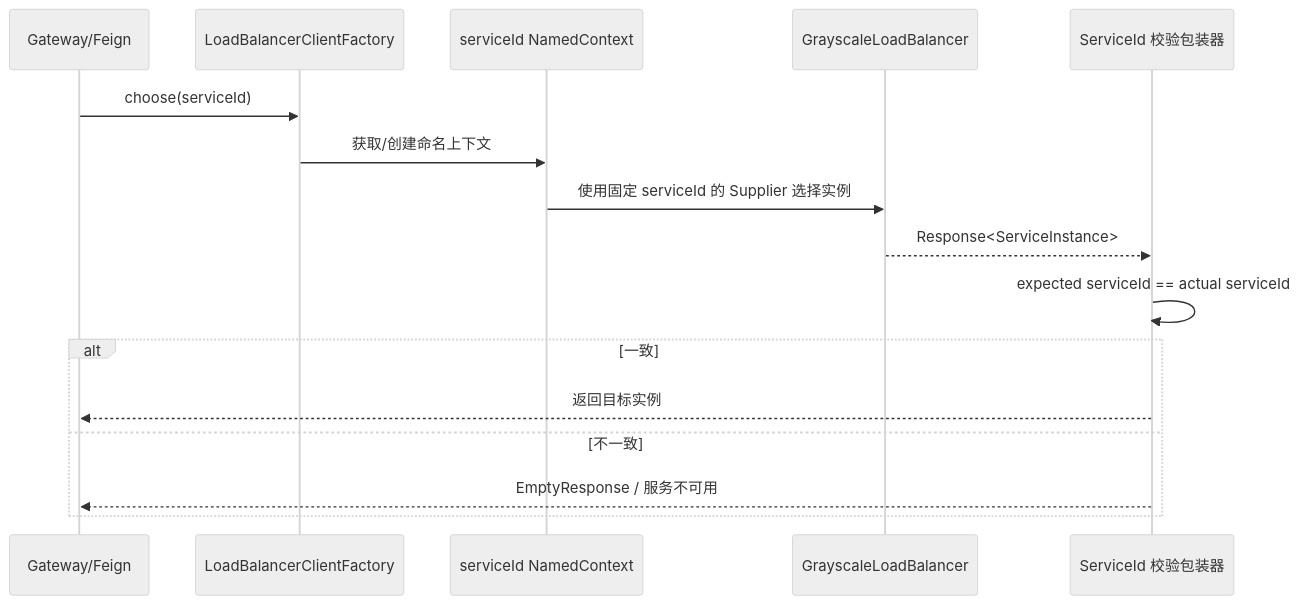
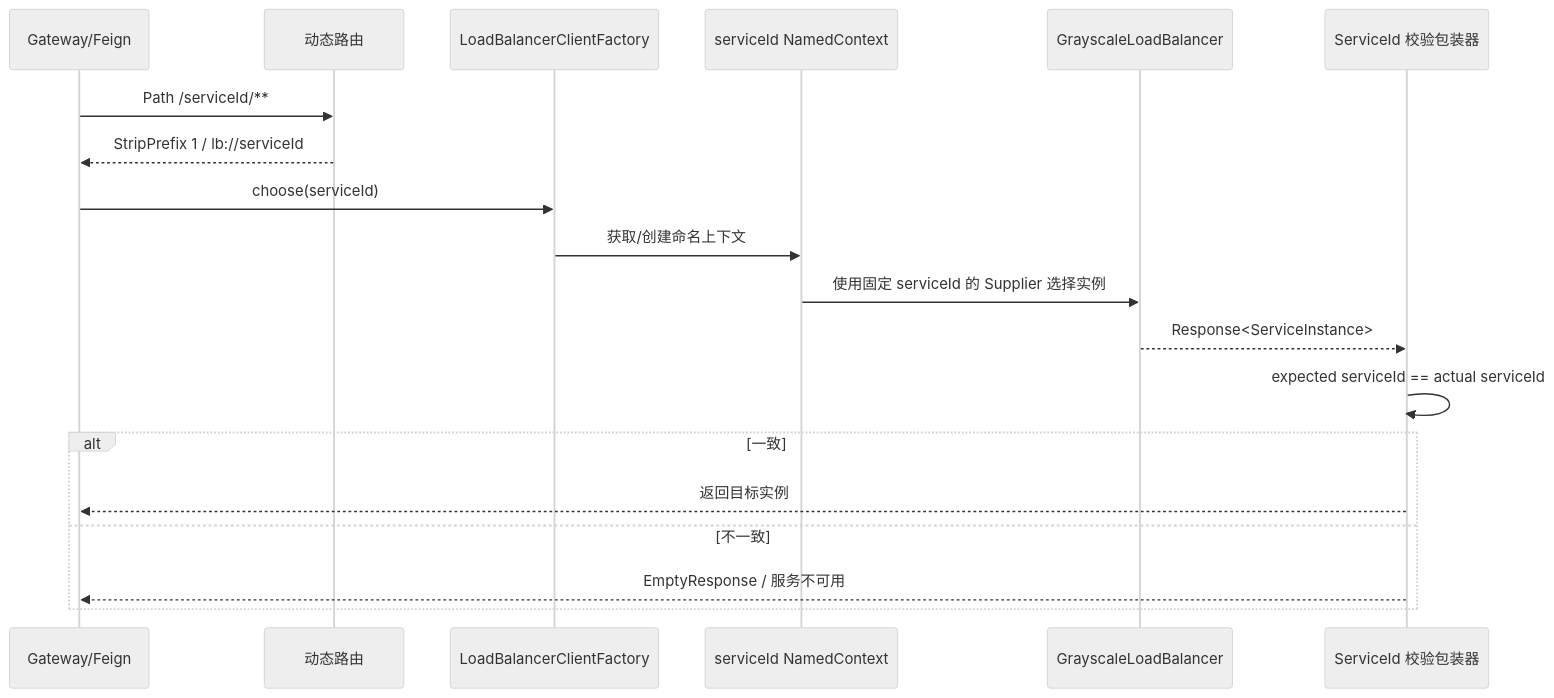
One commit to anInterestingName/SpringBlade changed the second of 2 diagrams in doc/design/DESIGN-REQ-2026-007-loadbalancer-isolation.md. Above: the diagram before and after it, drawn with Mermaid (neutral theme). The commit also changed other lines of this file and 6 other files, not shown here.

````diff
--- a/doc/design/DESIGN-REQ-2026-007-loadbalancer-isolation.md
+++ b/doc/design/DESIGN-REQ-2026-007-loadbalancer-isolation.md
@@ -63,18 +62,21 @@
 ```mermaid
 sequenceDiagram
     participant R as Gateway/Feign
+    participant D as 动态路由
     participant F as LoadBalancerClientFactory
     participant C as serviceId NamedContext
     participant G as GrayscaleLoadBalancer
     participant V as ServiceId 校验包装器
+    R->>D: Path /serviceId/**
+    D-->>R: StripPrefix 1 / lb://serviceId
     R->>F: choose(serviceId)
     F->>C: 获取/创建命名上下文
     C->>G: 使用固定 serviceId 的 Supplier 选择实例
     G-->>V: Response<ServiceInstance>
     V->>V: expected serviceId == actual serviceId
     alt 一致
         V-->>R: 返回目标实例
     else 不一致
         V-->>R: EmptyResponse / 服务不可用
     end
 ```
````
